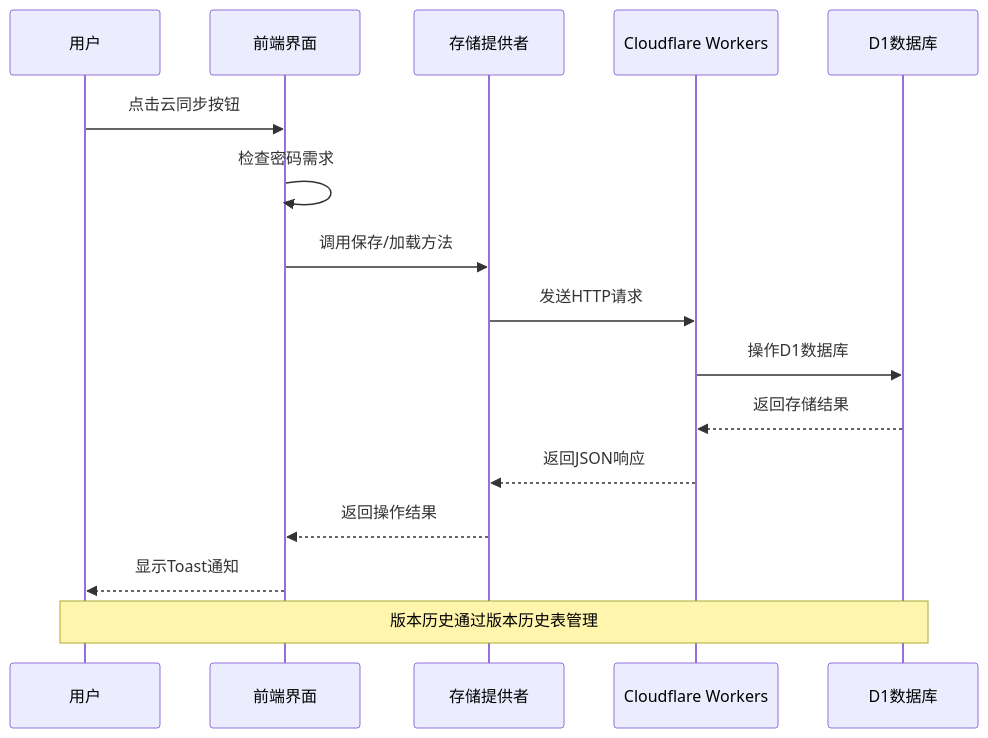
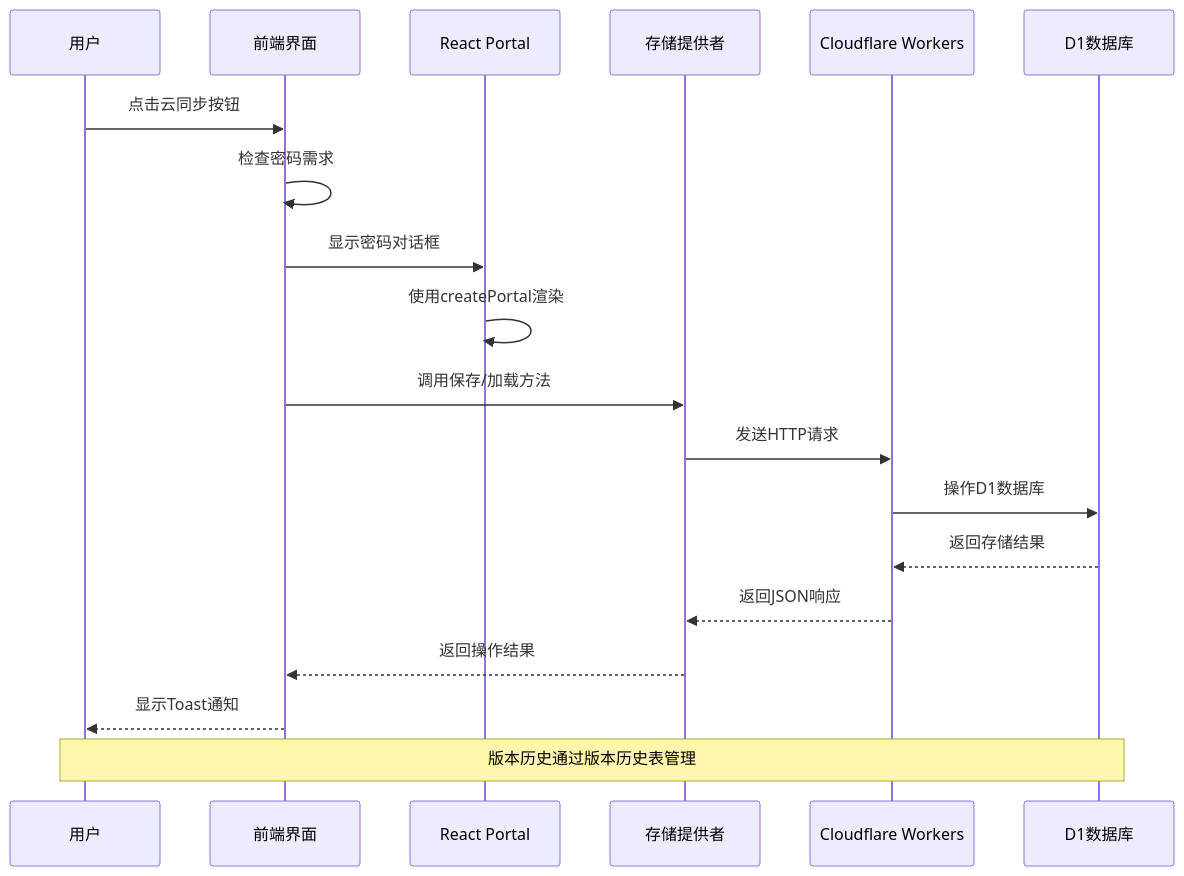
Before and after one commit to steveyu2/formula-mapper: the second of 12 diagrams in .qoder/repowiki/zh/content/用户指南/数据管理/云同步集成.md, drawn with Mermaid. The commit also changed other lines of this file and 12 other files, not shown here.

````diff
--- a/.qoder/repowiki/zh/content/用户指南/数据管理/云同步集成.md
+++ b/.qoder/repowiki/zh/content/用户指南/数据管理/云同步集成.md
@@ -167,18 +182,21 @@
 ```mermaid
 sequenceDiagram
 participant User as 用户
 participant UI as 前端界面
+participant Portal as React Portal
 participant Provider as 存储提供者
 participant Worker as Cloudflare Workers
 participant D1 as D1数据库
 User->>UI : 点击云同步按钮
 UI->>UI : 检查密码需求
+UI->>Portal : 显示密码对话框
+Portal->>Portal : 使用createPortal渲染
 UI->>Provider : 调用保存/加载方法
 Provider->>Worker : 发送HTTP请求
 Worker->>D1 : 操作D1数据库
 D1-->>Worker : 返回存储结果
 Worker-->>Provider : 返回JSON响应
 Provider-->>UI : 返回操作结果
 UI-->>User : 显示Toast通知
 Note over User,D1 : 版本历史通过版本历史表管理
 ```
````
